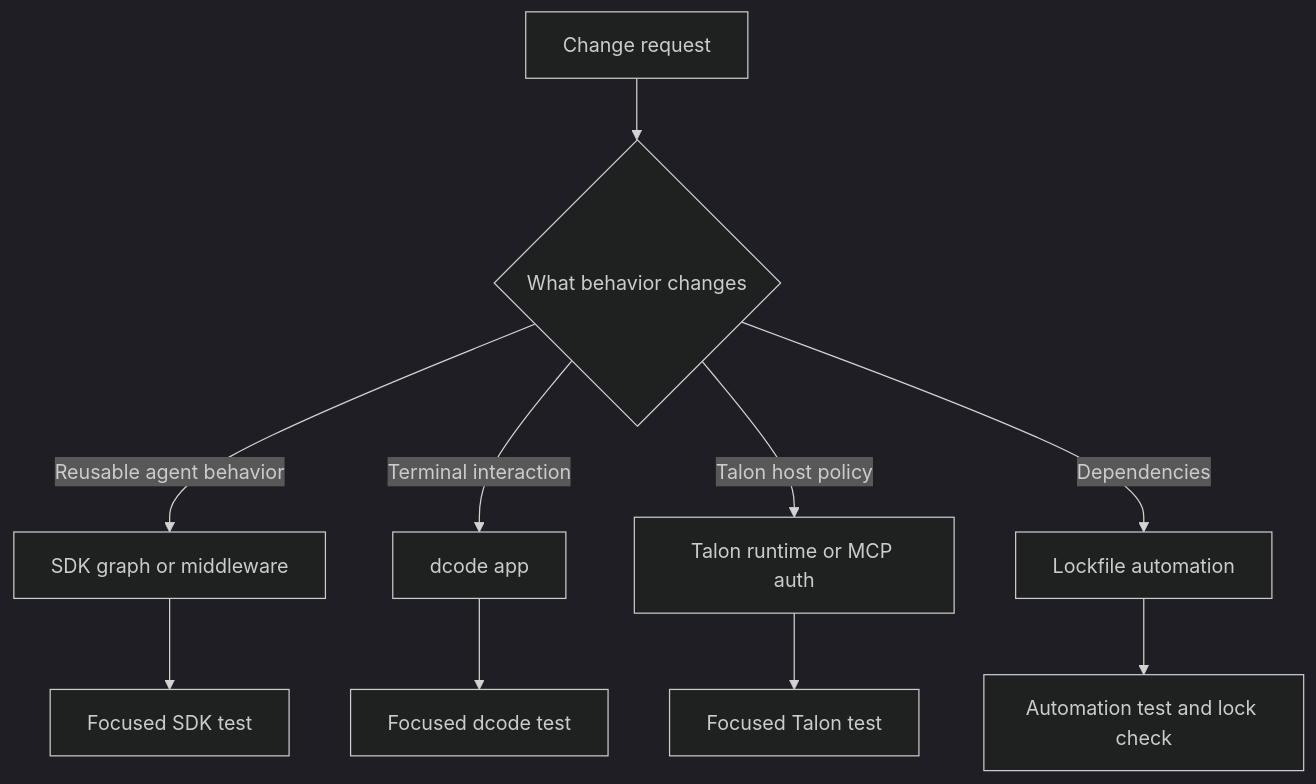
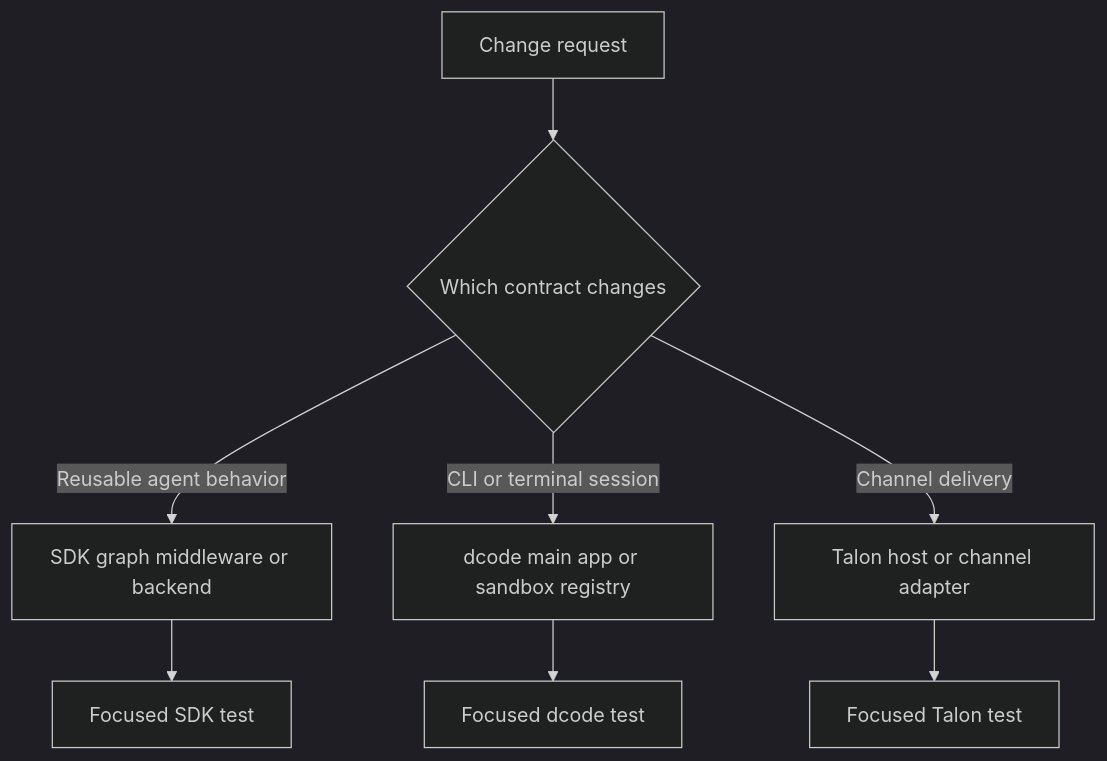
The first of 2 diagrams in openwiki/architecture/source-map.md (langchain-ai/deepagents), drawn with Mermaid (dark theme) before and after one commit. The commit also changed other lines of this file and 37 other files, not shown here.

````diff
--- a/openwiki/architecture/source-map.md
+++ b/openwiki/architecture/source-map.md
@@ -61,12 +83,10 @@
 ```mermaid
 flowchart TD
-  Change["Change request"] --> Scope{"What behavior changes"}
-  Scope -->|"Reusable agent behavior"| Graph["SDK graph or middleware"]
-  Scope -->|"Terminal interaction"| Dcode["dcode app"]
-  Scope -->|"Talon host policy"| Talon["Talon runtime or MCP auth"]
-  Scope -->|"Dependencies"| Lock["Lockfile automation"]
-  Graph --> SDKTests["Focused SDK test"]
-  Dcode --> DcodeTests["Focused dcode test"]
-  Talon --> TalonTests["Focused Talon test"]
-  Lock --> LockTests["Automation test and lock check"]
+  Change["Change request"] --> Scope{"Which contract changes"}
+  Scope -->|"Reusable agent behavior"| SDK["SDK graph middleware or backend"]
+  Scope -->|"CLI or terminal session"| Dcode["dcode main app or sandbox registry"]
+  Scope -->|"Channel delivery"| Talon["Talon host or channel adapter"]
+  SDK --> SDKTest["Focused SDK test"]
+  Dcode --> DcodeTest["Focused dcode test"]
+  Talon --> TalonTest["Focused Talon test"]
 ```
````
